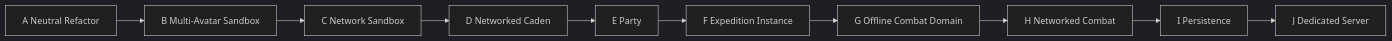
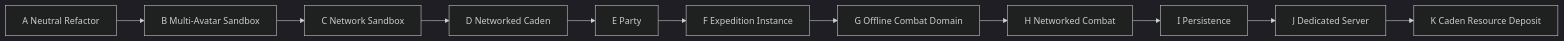
Before and after one commit to akhourybsu-cmd/mesoplasia-rpg: the diagram in docs/architecture/IMPLEMENTATION_ROADMAP.md, drawn with Mermaid (dark theme). The commit also changed other lines of this file and 49 other files, not shown here.

````diff
--- a/docs/architecture/IMPLEMENTATION_ROADMAP.md
+++ b/docs/architecture/IMPLEMENTATION_ROADMAP.md
@@ -5,12 +5,13 @@
 ```mermaid
 flowchart LR
     A[A Neutral Refactor] --> B[B Multi-Avatar Sandbox]
     B --> C[C Network Sandbox]
     C --> D[D Networked Caden]
     D --> E[E Party]
     E --> F[F Expedition Instance]
     F --> G[G Offline Combat Domain]
     G --> H[H Networked Combat]
     H --> I[I Persistence]
     I --> J[J Dedicated Server]
+    J --> K[K Caden Resource Deposit]
 ```
````
